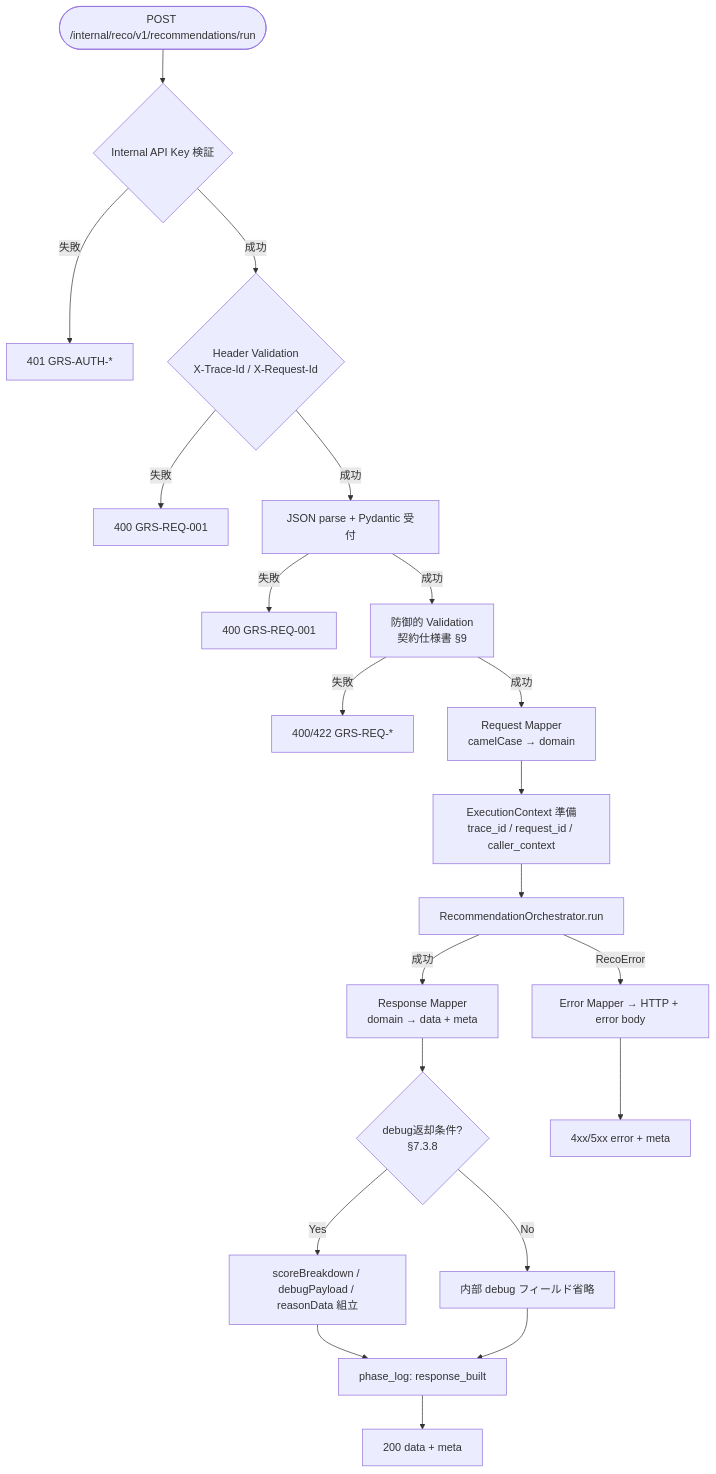
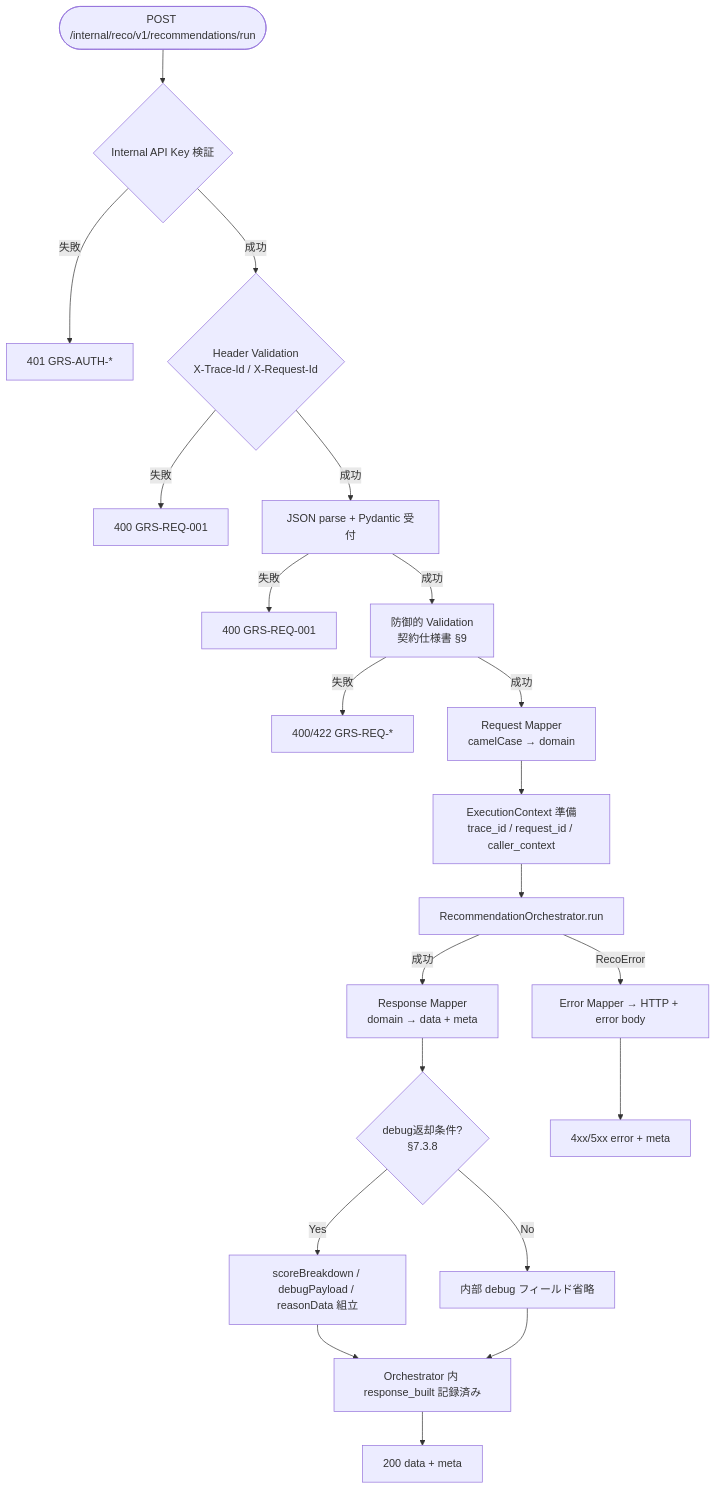
One commit to ryo-chan-k6/GiftRecommendAPP_MVP_CYCLE_3 changed the diagram in docs/06_実装設計/api/API-INT-002_Reco推薦実行API実装仕様書.md. Above: the diagram before and after it, drawn with Mermaid. The commit also changed other lines of this file and 2 other files, not shown here.

````diff
--- a/docs/06_実装設計/api/API-INT-002_Reco推薦実行API実装仕様書.md
+++ b/docs/06_実装設計/api/API-INT-002_Reco推薦実行API実装仕様書.md
@@ -100,23 +100,23 @@
 ```mermaid
 flowchart TD
     START([POST /internal/reco/v1/recommendations/run]) --> AUTH{Internal API Key 検証}
     AUTH -->|失敗| E401[401 GRS-AUTH-*]
     AUTH -->|成功| HDR{Header Validation<br/>X-Trace-Id / X-Request-Id}
     HDR -->|失敗| E400H[400 GRS-REQ-001]
     HDR -->|成功| PARSE[JSON parse + Pydantic 受付]
     PARSE -->|失敗| E400P[400 GRS-REQ-001]
     PARSE -->|成功| VAL[防御的 Validation<br/>契約仕様書 §9]
     VAL -->|失敗| E400V[400/422 GRS-REQ-*]
     VAL -->|成功| MAP_REQ[Request Mapper<br/>camelCase → domain]
     MAP_REQ --> CTX[ExecutionContext 準備<br/>trace_id / request_id / caller_context]
     CTX --> ORCH[RecommendationOrchestrator.run]
     ORCH -->|RecoError| ERR_MAP[Error Mapper → HTTP + error body]
     ORCH -->|成功| MAP_RES[Response Mapper<br/>domain → data + meta]
     MAP_RES --> DEBUG{debug返却条件?<br/>§7.3.8}
     DEBUG -->|Yes| ATTACH_DBG[scoreBreakdown / debugPayload / reasonData 組立]
     DEBUG -->|No| STRIP_DBG[内部 debug フィールド省略]
-    ATTACH_DBG --> PHASE[phase_log: response_built]
-    STRIP_DBG --> PHASE
-    PHASE --> OK[200 data + meta]
+    ATTACH_DBG --> ORCH_END[Orchestrator 内 response_built 記録済み]
+    STRIP_DBG --> ORCH_END
+    ORCH_END --> OK[200 data + meta]
     ERR_MAP --> ERR_HTTP[4xx/5xx error + meta]
 ```
````
